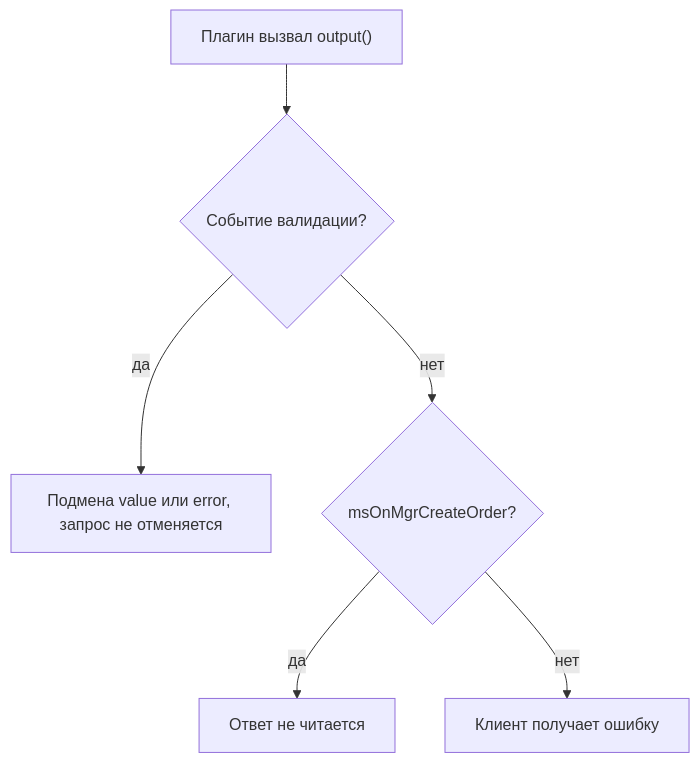
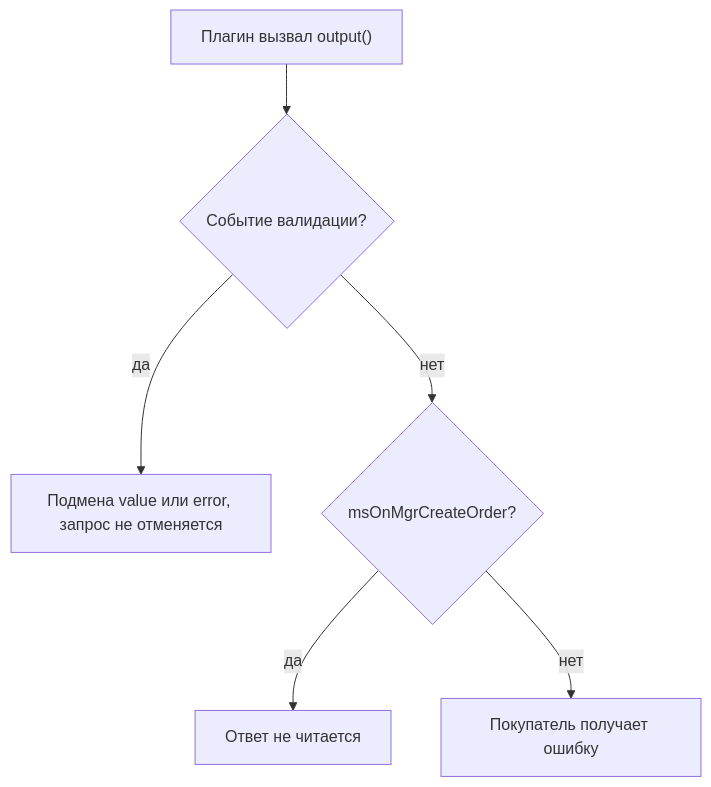
The first of 2 diagrams in docs/components/minishop3/development/events/order.md (modx-pro/Docs), drawn with Mermaid before and after one commit. The commit also changed other lines of this file and 11 other files, not shown here.

````diff
--- a/docs/components/minishop3/development/events/order.md
+++ b/docs/components/minishop3/development/events/order.md
@@ -10,8 +10,8 @@
 ```mermaid
 flowchart TD
   plugin["Плагин вызвал output()"] --> validate{"Событие валидации?"}
   validate -->|да| swap["Подмена value или error, запрос не отменяется"]
   validate -->|нет| mgr{"msOnMgrCreateOrder?"}
   mgr -->|да| skip["Ответ не читается"]
-  mgr -->|нет| fail["Клиент получает ошибку"]
+  mgr -->|нет| fail["Покупатель получает ошибку"]
 ```
````
